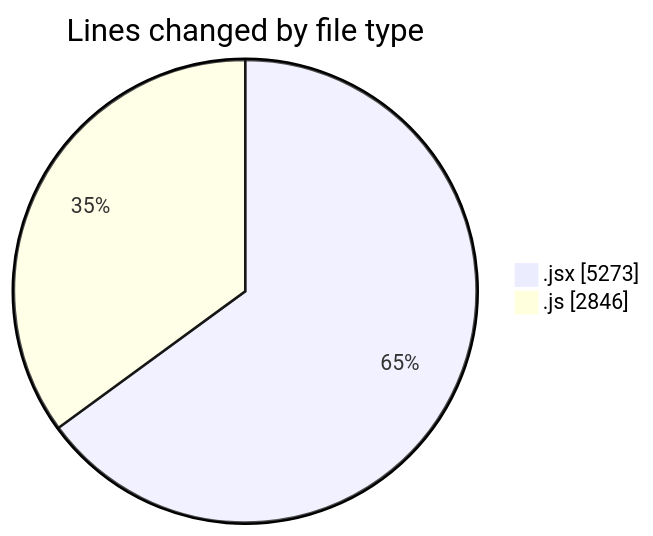
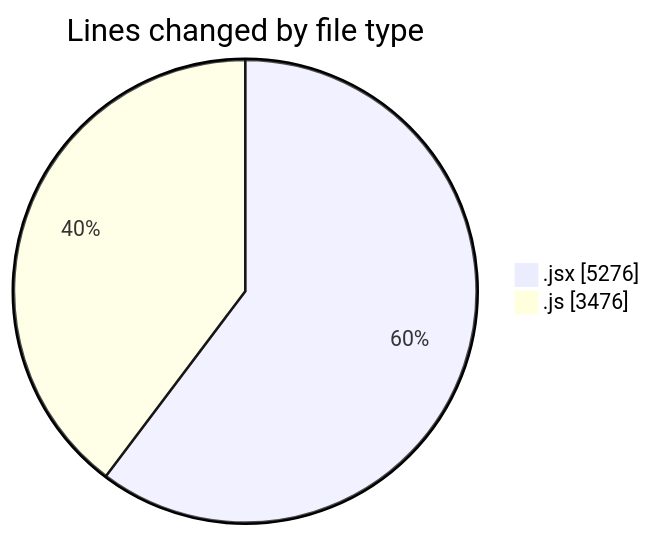
One commit to nxtqubesakshisongat/code-tracking changed the first of 2 diagrams in 2025-07-30/nxtqube_webapp/README.md. Above: the diagram before and after it, drawn with Mermaid. The commit also changed other lines of this file and 1 other file, not shown here.

````diff
--- a/2025-07-30/nxtqube_webapp/README.md
+++ b/2025-07-30/nxtqube_webapp/README.md
@@ -34,6 +35,6 @@
 ```mermaid
 pie showData
 title Lines changed by file type
-".jsx" : 5273
-".js" : 2846
+".jsx" : 5276
+".js" : 3476
 ```
````
